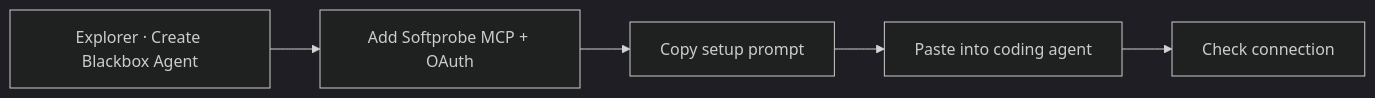
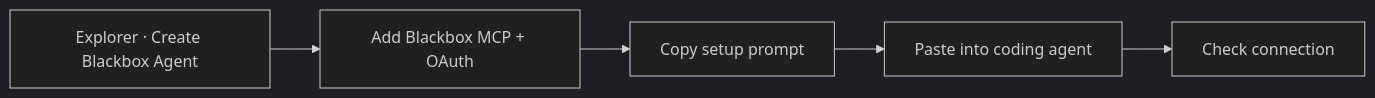
Before and after one commit to softprobe/document-website: the diagram in en/agent-qa/getting-started.md, drawn with Mermaid (dark theme). The commit also changed other lines of this file and 17 other files, not shown here.

Commit message:
docs(blackbox): rename MCP server alias and Agent QA docs to Blackbox

````diff
--- a/en/agent-qa/getting-started.md
+++ b/en/agent-qa/getting-started.md
@@ -11,9 +11,9 @@
 ```mermaid
 flowchart LR
   explorer["Explorer · Create Blackbox Agent"]
-  mcp["Add Softprobe MCP + OAuth"]
+  mcp["Add Blackbox MCP + OAuth"]
   prompt["Copy setup prompt"]
   paste["Paste into coding agent"]
   verify["Check connection"]
   explorer --> mcp --> prompt --> paste --> verify
 ```
````
